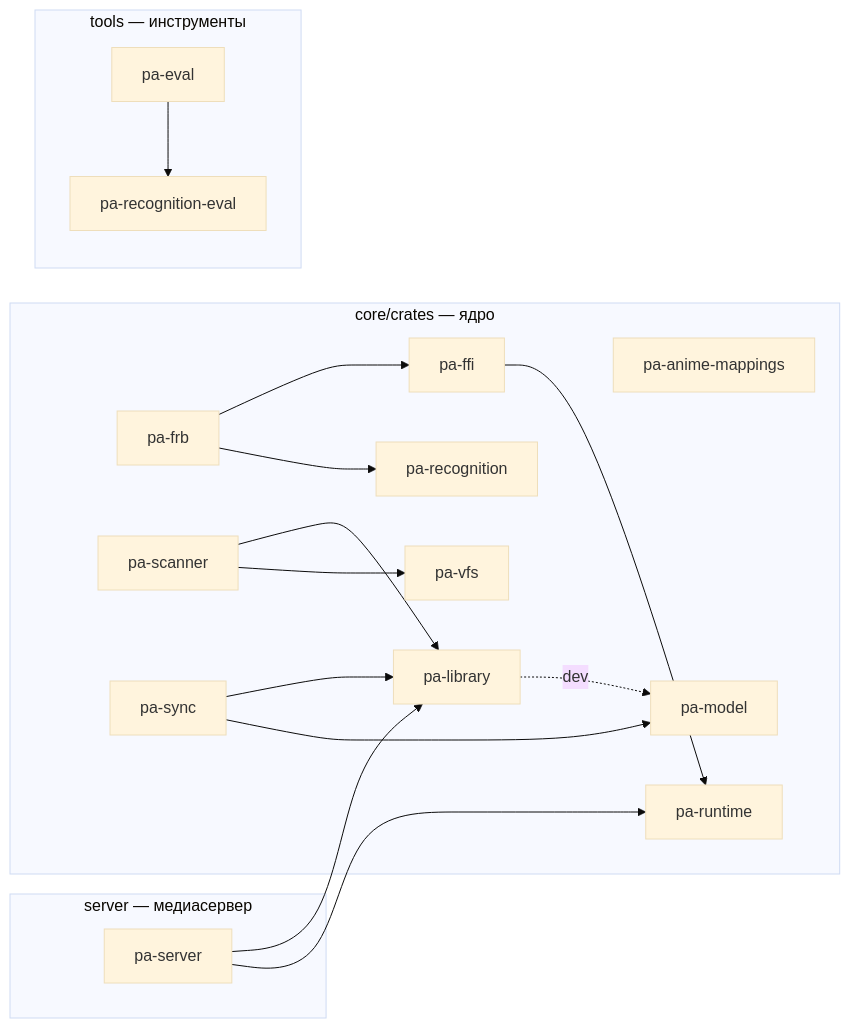
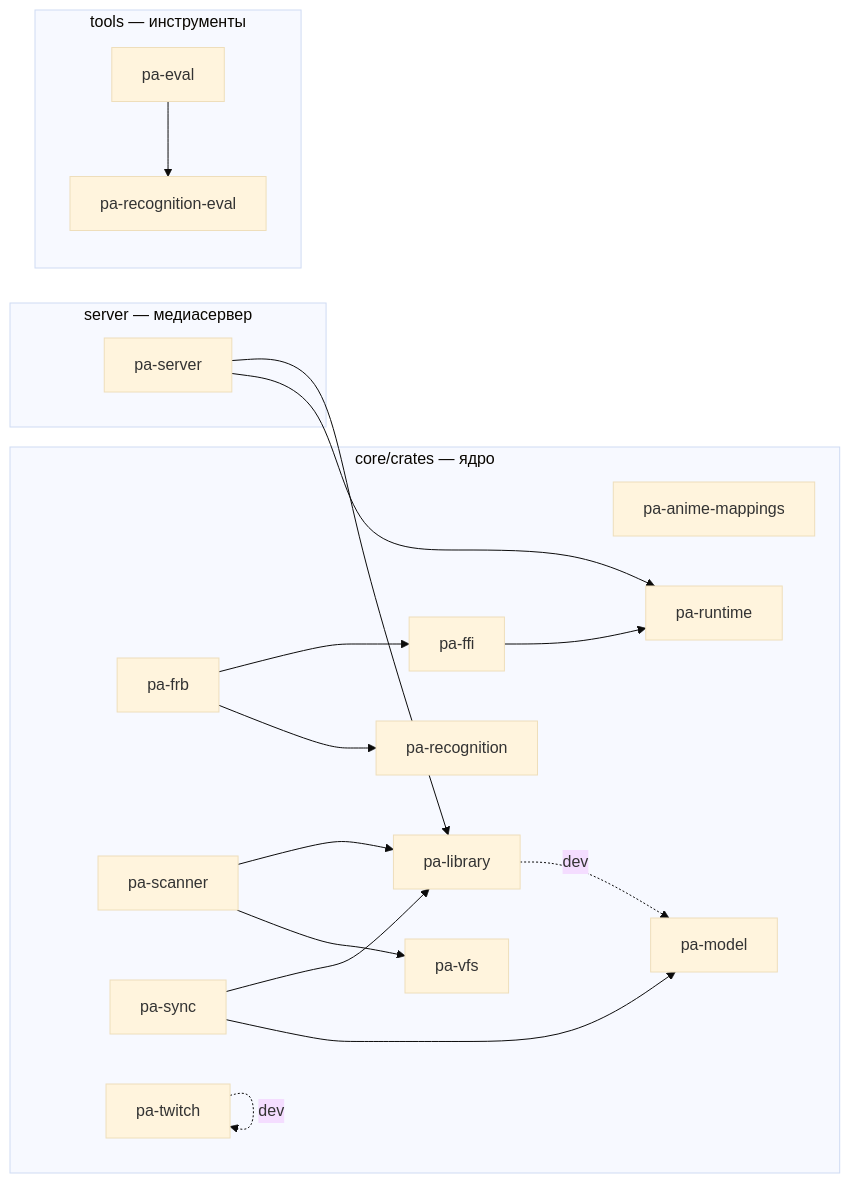
One commit to DenisHumen/project_alpha changed the diagram in docs/dev/crate-graph.md. Above: the diagram before and after it, drawn with Mermaid (base theme). The commit also changed other lines of this file and 1 other file, not shown here.

Commit message:
chore: refresh Cargo.lock and crate graph

````diff
--- a/docs/dev/crate-graph.md
+++ b/docs/dev/crate-graph.md
@@ -12,33 +12,35 @@
 ```mermaid
 flowchart LR
   subgraph g0["core/crates — ядро"]
     pa_anime_mappings["pa-anime-mappings"]
     pa_ffi["pa-ffi"]
     pa_frb["pa-frb"]
     pa_library["pa-library"]
     pa_model["pa-model"]
     pa_recognition["pa-recognition"]
     pa_runtime["pa-runtime"]
     pa_scanner["pa-scanner"]
     pa_sync["pa-sync"]
+    pa_twitch["pa-twitch"]
     pa_vfs["pa-vfs"]
   end
   subgraph g1["server — медиасервер"]
     pa_server["pa-server"]
   end
   subgraph g2["tools — инструменты"]
     pa_eval["pa-eval"]
     pa_recognition_eval["pa-recognition-eval"]
   end
   pa_eval --> pa_recognition_eval
   pa_ffi --> pa_runtime
   pa_frb --> pa_ffi
   pa_frb --> pa_recognition
   pa_library -. dev .-> pa_model
   pa_scanner --> pa_library
   pa_scanner --> pa_vfs
   pa_server --> pa_library
   pa_server --> pa_runtime
   pa_sync --> pa_library
   pa_sync --> pa_model
+  pa_twitch -. dev .-> pa_twitch
 ```
````
